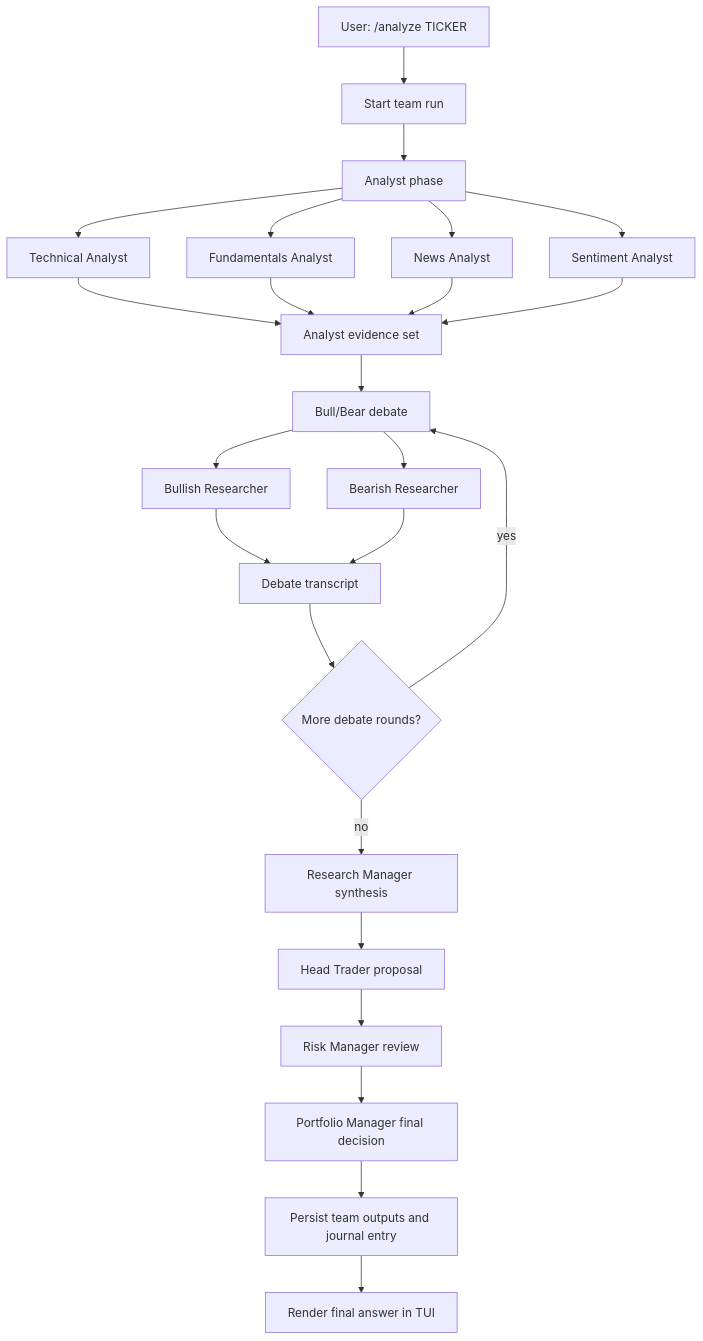
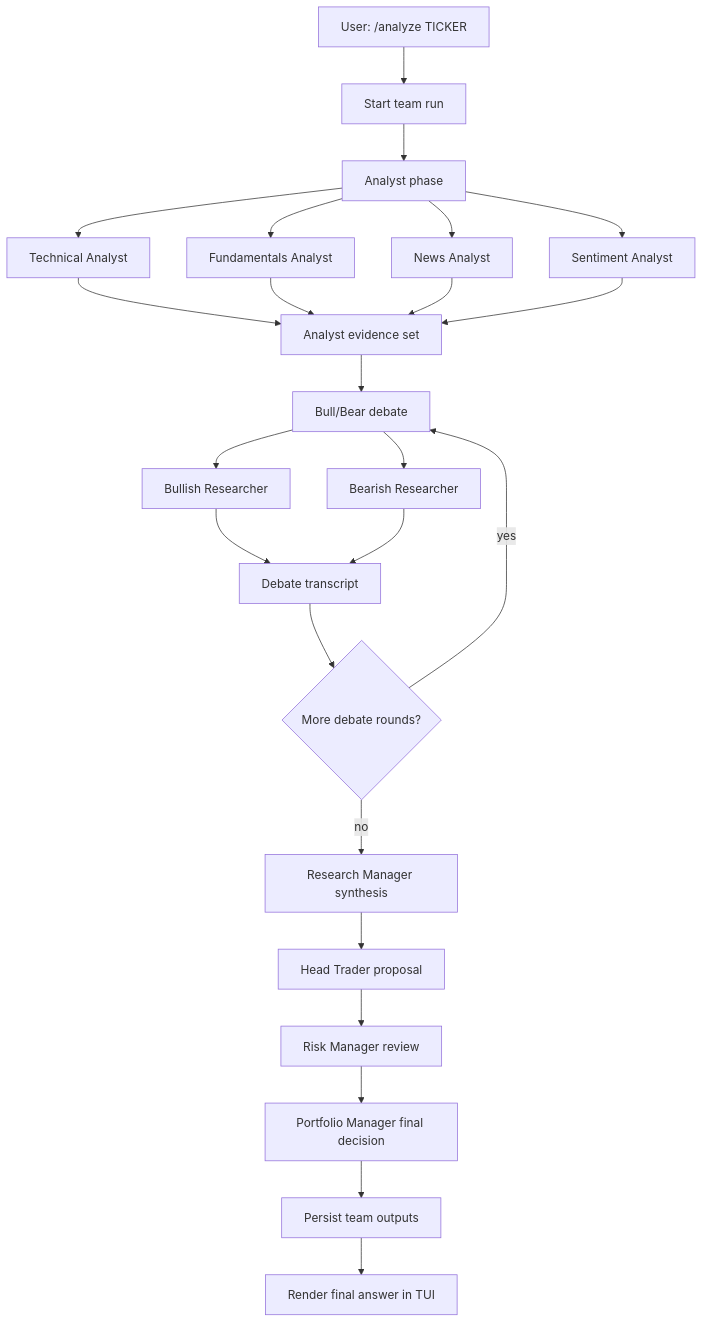
One commit to toreleon/Azoth changed the first of 4 diagrams in docs/agent-team.md. Above: the diagram before and after it, drawn with Mermaid. The commit also changed other lines of this file and 43 other files, not shown here.

````diff
--- a/docs/agent-team.md
+++ b/docs/agent-team.md
@@ -65,29 +65,29 @@
 ```mermaid
 flowchart TD
   User["User: /analyze TICKER"] --> Start["Start team run"]
   Start --> Analysts["Analyst phase"]
   Analysts --> Technical["Technical Analyst"]
   Analysts --> Fundamentals["Fundamentals Analyst"]
   Analysts --> News["News Analyst"]
   Analysts --> Sentiment["Sentiment Analyst"]
 
   Technical --> Evidence["Analyst evidence set"]
   Fundamentals --> Evidence
   News --> Evidence
   Sentiment --> Evidence
 
   Evidence --> Debate["Bull/Bear debate"]
   Debate --> Bull["Bullish Researcher"]
   Debate --> Bear["Bearish Researcher"]
   Bull --> DebateRounds["Debate transcript"]
   Bear --> DebateRounds
   DebateRounds --> MoreRounds{"More debate rounds?"}
   MoreRounds -- yes --> Debate
   MoreRounds -- no --> ResearchManager["Research Manager synthesis"]
 
   ResearchManager --> Trader["Head Trader proposal"]
   Trader --> Risk["Risk Manager review"]
   Risk --> Portfolio["Portfolio Manager final decision"]
-  Portfolio --> Journal["Persist team outputs and journal entry"]
-  Journal --> TUI["Render final answer in TUI"]
+  Portfolio --> Persist["Persist team outputs"]
+  Persist --> TUI["Render final answer in TUI"]
 ```
````
